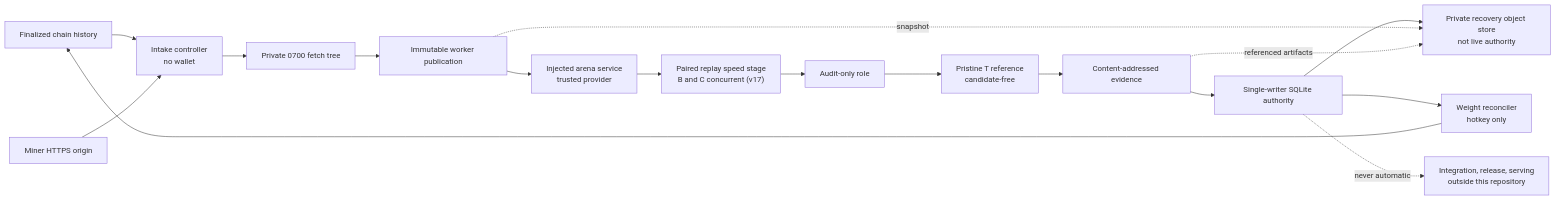
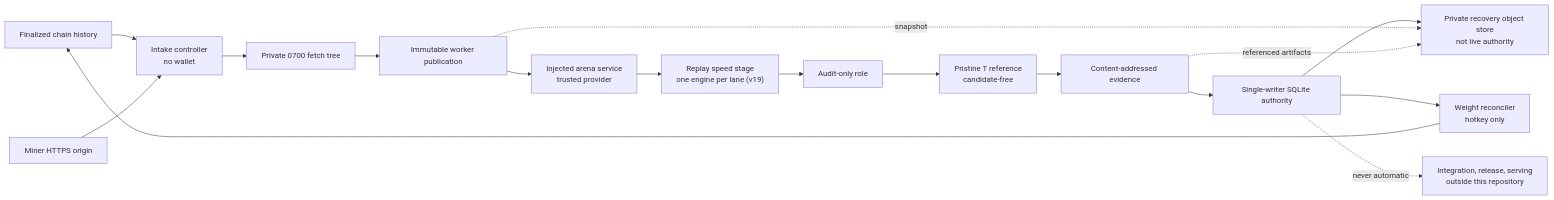
The diagram in docs/validator-guide/overview.md (latent-to/cacheon), drawn with Mermaid before and after one commit. The commit also changed other lines of this file and 125 other files, not shown here.

````diff
--- a/docs/validator-guide/overview.md
+++ b/docs/validator-guide/overview.md
@@ -20,19 +20,19 @@
 ```mermaid
 flowchart LR
     Chain["Finalized chain history"] --> Intake["Intake controller<br/>no wallet"]
     Origin["Miner HTTPS origin"] --> Intake
     Intake --> Private["Private 0700 fetch tree"]
     Private --> Publication["Immutable worker publication"]
     Publication --> Arena["Injected arena service<br/>trusted provider"]
-    Arena --> OCI["Paired replay speed stage<br/>B and C concurrent (v17)"]
+    Arena --> OCI["Replay speed stage<br/>one engine per lane (v19)"]
     OCI --> Audit["Audit-only role"]
     Audit --> T["Pristine T reference<br/>candidate-free"]
     T --> Evidence["Content-addressed evidence"]
     Evidence --> Store["Single-writer SQLite authority"]
     Store --> Recovery["Private recovery object store<br/>not live authority"]
     Publication -. "snapshot" .-> Recovery
     Evidence -. "referenced artifacts" .-> Recovery
     Store --> Signer["Weight reconciler<br/>hotkey only"]
     Signer --> Chain
     Store -. "never automatic" .-> Integration["Integration, release, serving<br/>outside this repository"]
 ```
````
